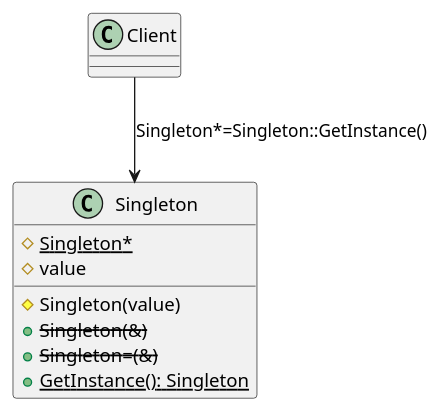
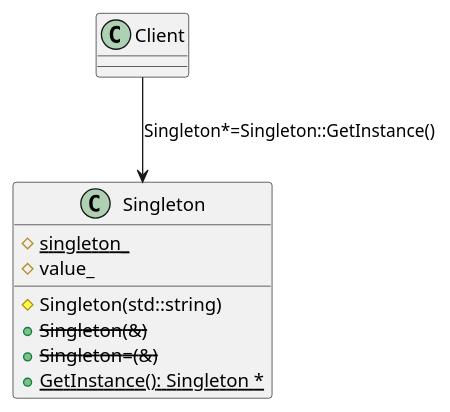
Before and after one commit to alphajayGithub/devDemos: the diagram in dev_demo/designPattern/singleton/singleton.puml, drawn with PlantUML. The commit also changed 17 other files, not shown here.

```diff
--- a/dev_demo/designPattern/singleton/singleton.puml
+++ b/dev_demo/designPattern/singleton/singleton.puml
@@ -1,14 +1,14 @@
 @startuml
 
 Client --> Singleton: Singleton*=Singleton::GetInstance()
 
 class Singleton{
-    # {static} Singleton*
-    # value
-    # Singleton(value)
+    # {static} singleton_
+    # Singleton(std::string)
+    # value_
     + <del>Singleton(&) </del>
     + <del>Singleton=(&) </del>
-    + {static} GetInstance(): Singleton
+    + {static} GetInstance(): Singleton *
 }
 
 @enduml
```
